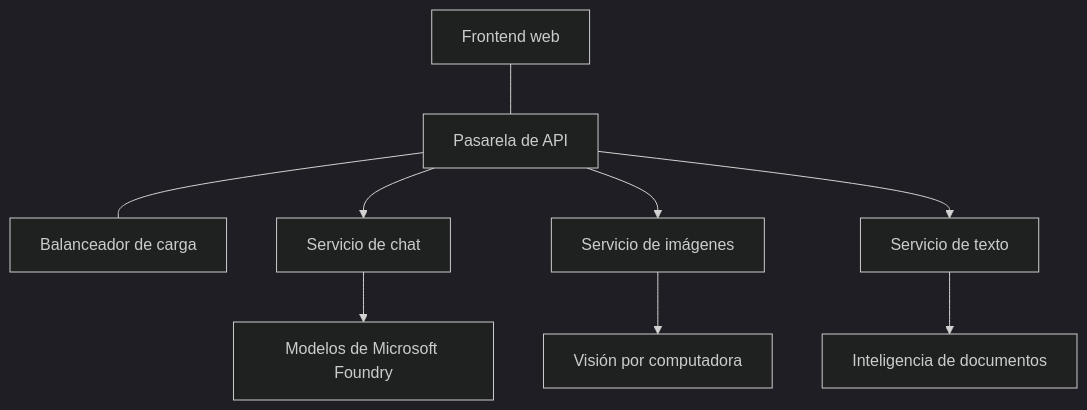
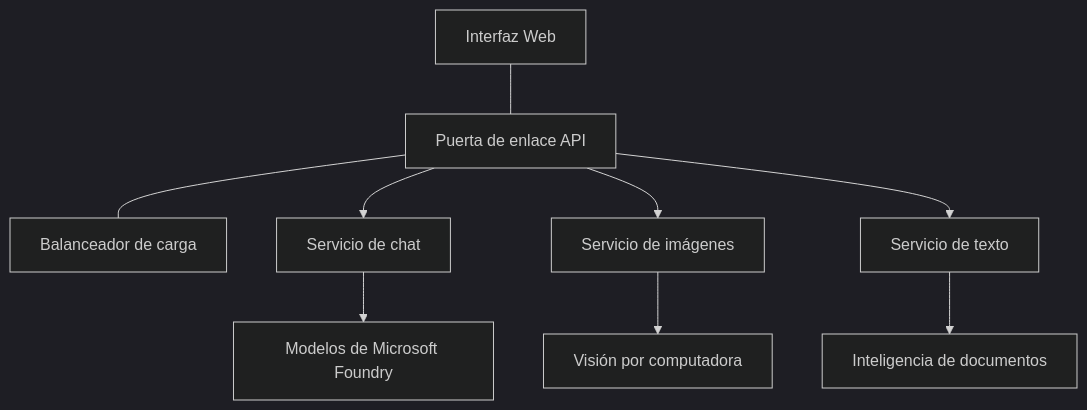
The diagram in translations/es/docs/chapter-08-production/production-ai-practices.md (microsoft/AZD-for-beginners), drawn with Mermaid (dark theme) before and after one commit. The commit also changed other lines of this file and 104 other files, not shown here.

````diff
--- a/translations/es/docs/chapter-08-production/production-ai-practices.md
+++ b/translations/es/docs/chapter-08-production/production-ai-practices.md
@@ -30,10 +30,10 @@
 ```mermaid
 graph TD
-    Frontend[Frontend web] --- Gateway[Pasarela de API] --- LB[Balanceador de carga]
+    Frontend[Interfaz Web] --- Gateway[Puerta de enlace API] --- LB[Balanceador de carga]
     Gateway --> Chat[Servicio de chat]
     Gateway --> Image[Servicio de imágenes]
     Gateway --> Text[Servicio de texto]
     Chat --> OpenAI[Modelos de Microsoft Foundry]
     Image --> Vision[Visión por computadora]
     Text --> DocIntel[Inteligencia de documentos]
 ```
````
